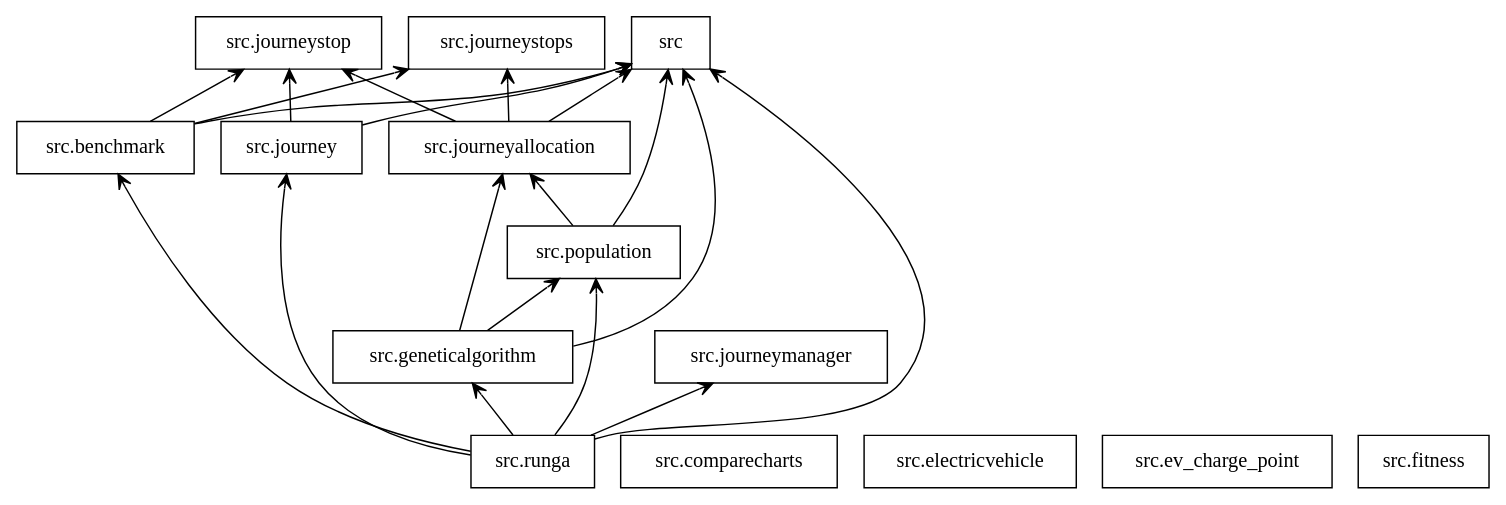
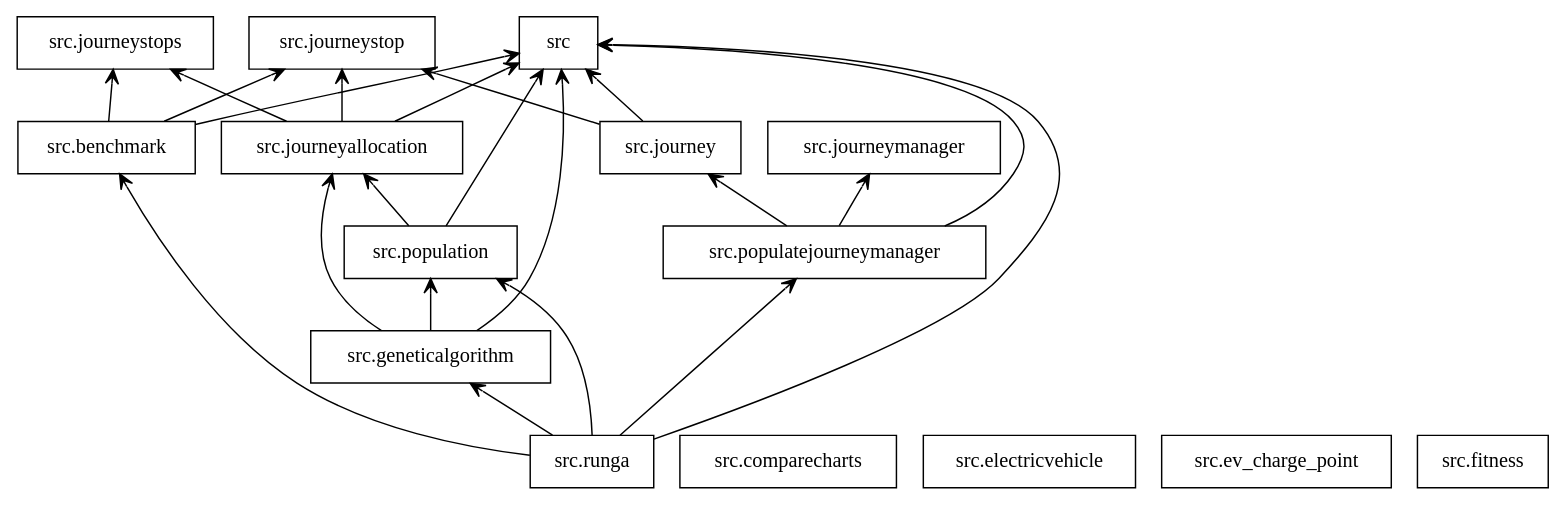
One commit to marktoregan/WAGA changed the diagram in packages.dot. Above: the diagram before and after it, drawn with Graphviz. The commit also changed 15 other files, not shown here.

```diff
--- a/packages.dot
+++ b/packages.dot
@@ -1,37 +1,40 @@
 digraph "packages" {
 charset="utf-8"
 rankdir=BT
 "0" [label="src", shape="box"];
 "1" [label="src.benchmark", shape="box"];
 "2" [label="src.comparecharts", shape="box"];
 "3" [label="src.electricvehicle", shape="box"];
 "4" [label="src.ev_charge_point", shape="box"];
 "5" [label="src.fitness", shape="box"];
 "6" [label="src.geneticalgorithm", shape="box"];
 "7" [label="src.journey", shape="box"];
 "8" [label="src.journeyallocation", shape="box"];
 "9" [label="src.journeymanager", shape="box"];
 "10" [label="src.journeystop", shape="box"];
 "11" [label="src.journeystops", shape="box"];
-"12" [label="src.population", shape="box"];
-"13" [label="src.runga", shape="box"];
+"12" [label="src.populatejourneymanager", shape="box"];
+"13" [label="src.population", shape="box"];
+"14" [label="src.runga", shape="box"];
 "1" -> "0" [arrowhead="open", arrowtail="none"];
 "1" -> "10" [arrowhead="open", arrowtail="none"];
 "1" -> "11" [arrowhead="open", arrowtail="none"];
 "6" -> "0" [arrowhead="open", arrowtail="none"];
 "6" -> "8" [arrowhead="open", arrowtail="none"];
-"6" -> "12" [arrowhead="open", arrowtail="none"];
+"6" -> "13" [arrowhead="open", arrowtail="none"];
 "7" -> "0" [arrowhead="open", arrowtail="none"];
 "7" -> "10" [arrowhead="open", arrowtail="none"];
 "8" -> "0" [arrowhead="open", arrowtail="none"];
 "8" -> "10" [arrowhead="open", arrowtail="none"];
 "8" -> "11" [arrowhead="open", arrowtail="none"];
 "12" -> "0" [arrowhead="open", arrowtail="none"];
-"12" -> "8" [arrowhead="open", arrowtail="none"];
+"12" -> "7" [arrowhead="open", arrowtail="none"];
+"12" -> "9" [arrowhead="open", arrowtail="none"];
 "13" -> "0" [arrowhead="open", arrowtail="none"];
-"13" -> "1" [arrowhead="open", arrowtail="none"];
-"13" -> "6" [arrowhead="open", arrowtail="none"];
-"13" -> "7" [arrowhead="open", arrowtail="none"];
-"13" -> "9" [arrowhead="open", arrowtail="none"];
-"13" -> "12" [arrowhead="open", arrowtail="none"];
+"13" -> "8" [arrowhead="open", arrowtail="none"];
+"14" -> "0" [arrowhead="open", arrowtail="none"];
+"14" -> "1" [arrowhead="open", arrowtail="none"];
+"14" -> "6" [arrowhead="open", arrowtail="none"];
+"14" -> "12" [arrowhead="open", arrowtail="none"];
+"14" -> "13" [arrowhead="open", arrowtail="none"];
 }
```
